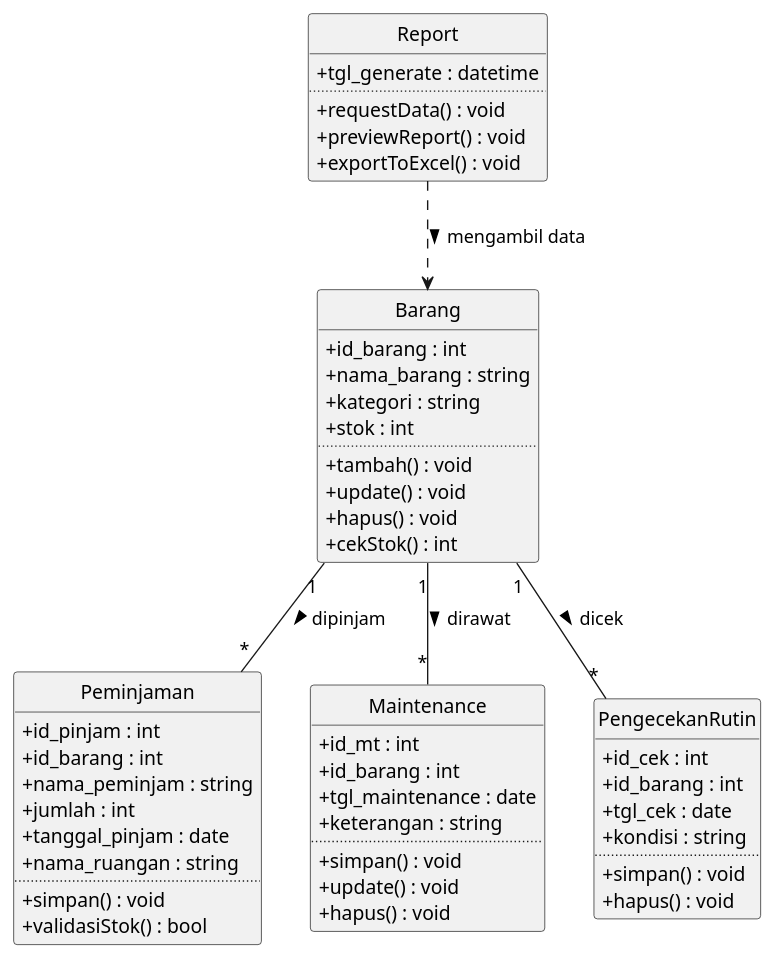
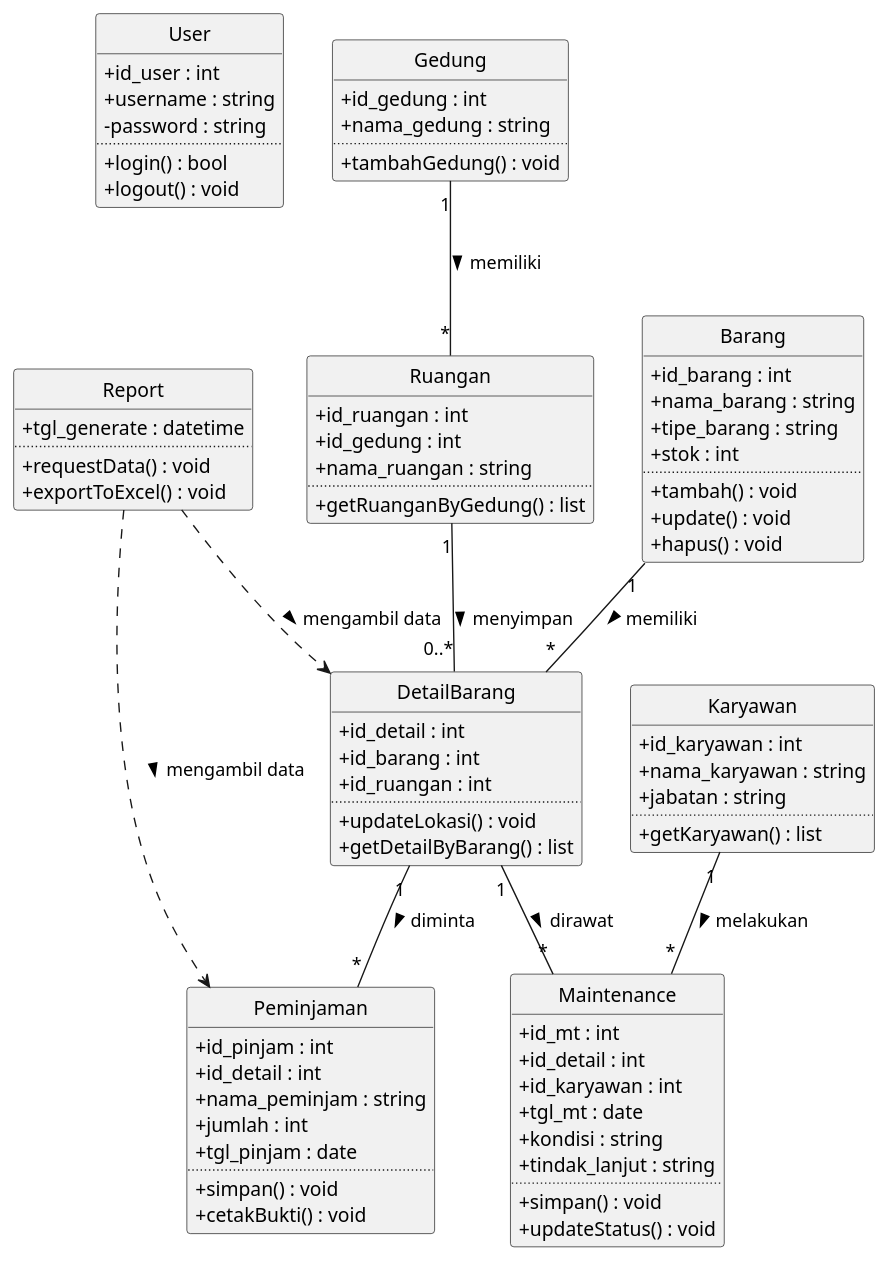
One commit to Fannandya/diagramPABD changed the diagram in classDiagram.puml. Above: the diagram before and after it, drawn with PlantUML.

Commit message:
mengganti class diagram

```diff
--- a/classDiagram.puml
+++ b/classDiagram.puml
@@ -1,76 +1,104 @@
 @startuml classDiagram
 skinparam classAttributeIconSize 0
 skinparam Style strictuml
 
-' --- Entities / Models ---
+' --- Master Data ---
+
+class User {
+  + id_user : int
+  + username : string
+  - password : string
+  ..
+  + login() : bool
+  + logout() : void
+}
 
 class Barang {
-  ' Atribut (Ciri-ciri/Data)
   + id_barang : int
   + nama_barang : string
-  + kategori : string
+  + tipe_barang : string
   + stok : int
   ..
-  ' Function (Aksi/Method)
   + tambah() : void
-  + update() : void
-  + hapus() : void
-  + cekStok() : int
-}
-
-class Peminjaman {
-  ' Atribut
-  + id_pinjam : int
-  + id_barang : int
-  + nama_peminjam : string
-  + jumlah : int
-  + tanggal_pinjam : date
-  + nama_ruangan : string
-  ..
-  ' Function
-  + simpan() : void
-  + validasiStok() : bool
-}
-
-class Maintenance {
-  ' Atribut
-  + id_mt : int
-  + id_barang : int
-  + tgl_maintenance : date
-  + keterangan : string
-  ..
-  ' Function
-  + simpan() : void
   + update() : void
   + hapus() : void
 }
 
-class PengecekanRutin {
-  ' Atribut
-  + id_cek : int
+class Gedung {
+  + id_gedung : int
+  + nama_gedung : string
+  ..
+  + tambahGedung() : void
+}
+
+class Ruangan {
+  + id_ruangan : int
+  + id_gedung : int
+  + nama_ruangan : string
+  ..
+  + getRuanganByGedung() : list
+}
+
+class Karyawan {
+  + id_karyawan : int
+  + nama_karyawan : string
+  + jabatan : string
+  ..
+  + getKaryawan() : list
+}
+
+' --- Transactional / Detail ---
+
+class DetailBarang {
+  + id_detail : int
   + id_barang : int
-  + tgl_cek : date
+  + id_ruangan : int
+  ..
+  + updateLokasi() : void
+  + getDetailByBarang() : list
+}
+
+class Peminjaman {
+  + id_pinjam : int
+  + id_detail : int
+  + nama_peminjam : string
+  + jumlah : int
+  + tgl_pinjam : date
+  ..
+  + simpan() : void
+  + cetakBukti() : void
+}
+
+class Maintenance {
+  + id_mt : int
+  + id_detail : int
+  + id_karyawan : int
+  + tgl_mt : date
   + kondisi : string
+  + tindak_lanjut : string
   ..
-  ' Function
   + simpan() : void
-  + hapus() : void
+  + updateStatus() : void
 }
 
 class Report {
-  ' Atribut
   + tgl_generate : datetime
   ..
-  ' Function
   + requestData() : void
-  + previewReport() : void
   + exportToExcel() : void
 }
 
-' --- Relasi ---
-Barang "1" -- "*" Peminjaman : dipinjam >
-Barang "1" -- "*" Maintenance : dirawat >
-Barang "1" -- "*" PengecekanRutin : dicek >
-Report ..> Barang : mengambil data >
+' --- Relasi Sesuai Kardinalitas RAT ---
+
+Barang "1" -- "*" DetailBarang : memiliki >
+Gedung "1" -- "*" Ruangan : memiliki >
+Ruangan "1" -- "0..*" DetailBarang : menyimpan >
+
+DetailBarang "1" -- "*" Peminjaman : diminta >
+DetailBarang "1" -- "*" Maintenance : dirawat >
+Karyawan "1" -- "*" Maintenance : melakukan >
+
+Report ..> DetailBarang : mengambil data >
+Report ..> Peminjaman : mengambil data >
 
 @enduml
```
